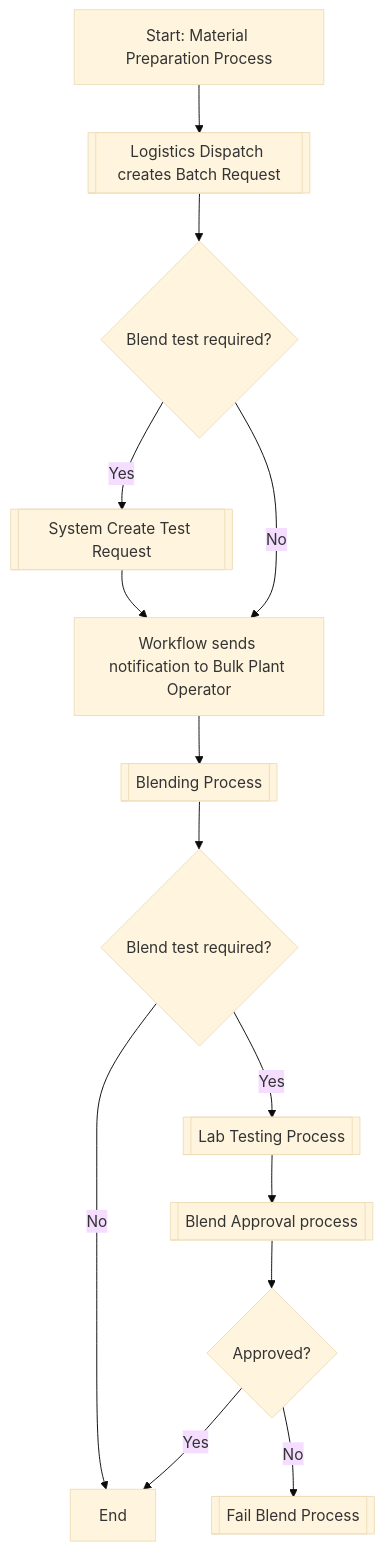
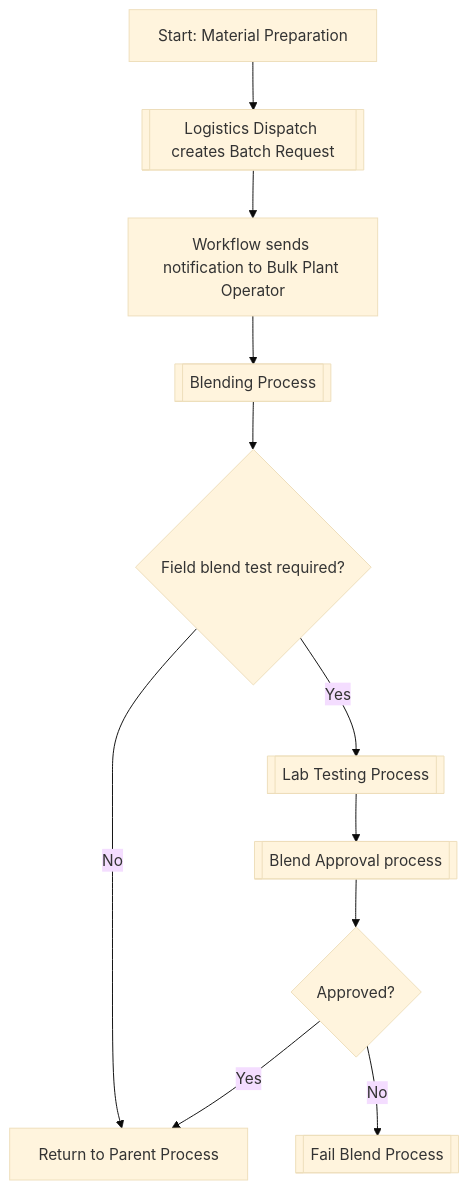
One commit to Sanjel-Energy-Services/eService_WorkItems changed the diagram in Documents/04 - Cementing Service Request/0b - Prepare Material/process.md. Above: the diagram before and after it, drawn with Mermaid (base theme). The commit also changed other lines of this file and 26 other files, not shown here.

````diff
--- a/Documents/04 - Cementing Service Request/0b - Prepare Material/process.md
+++ b/Documents/04 - Cementing Service Request/0b - Prepare Material/process.md
@@ -3,17 +3,14 @@
 ```mermaid
 flowchart TD
-    A[Start: Material Preparation Process] --> B[[Logistics Dispatch creates Batch Request]]
-    B --> C1{Blend test required?}
-    C1 --> |Yes|C2[[System Create Test Request]]
-    C1 --> |No|C[Workflow sends notification to Bulk Plant Operator]
-    C2 --> C
+    A[Start: Material Preparation] --> B[[Logistics Dispatch creates Batch Request]]
+    B --> C[Workflow sends notification to Bulk Plant Operator]
     C --> D[[Blending Process]]
-    D --> F{Blend test required?}
+    D --> F{Field blend test required?}
     F --> |Yes|E[[Lab Testing Process]]
     E --> Q[[Blend Approval process]]
     Q --> R{Approved?}
-    R -->|Yes| U[End]
+    R -->|Yes| U[Return to Parent Process]
     F --> |No| U
     R -->|No| T[[Fail Blend Process]]
 
 ```
````
